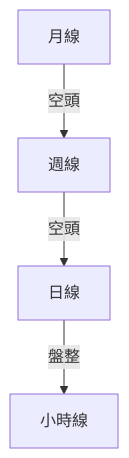
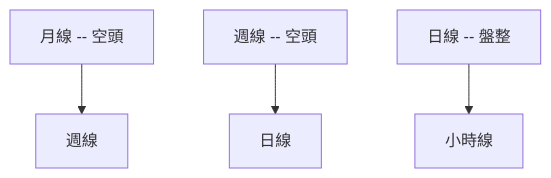
One commit to yennanliu/finance_data changed the second of 9 diagrams in ai_gen_report/stock/vst/technical_analysis_2026-04-08_openai.md. Above: the diagram before and after it, drawn with Mermaid. The commit also changed other lines of this file and 2258 other files, not shown here.

First line of the commit message:
chore: backfill Mermaid syntax repair across existing reports

````diff
--- a/ai_gen_report/stock/vst/technical_analysis_2026-04-08_openai.md
+++ b/ai_gen_report/stock/vst/technical_analysis_2026-04-08_openai.md
@@ -90,6 +90,6 @@
 ```mermaid
 graph TD
-    月線 -- 空頭 --> 週線
-    週線 -- 空頭 --> 日線
-    日線 -- 盤整 --> 小時線
+    nb1["月線 -- 空頭"] --> 週線
+    nb2["週線 -- 空頭"] --> 日線
+    nb3["日線 -- 盤整"] --> 小時線
 ```
````
